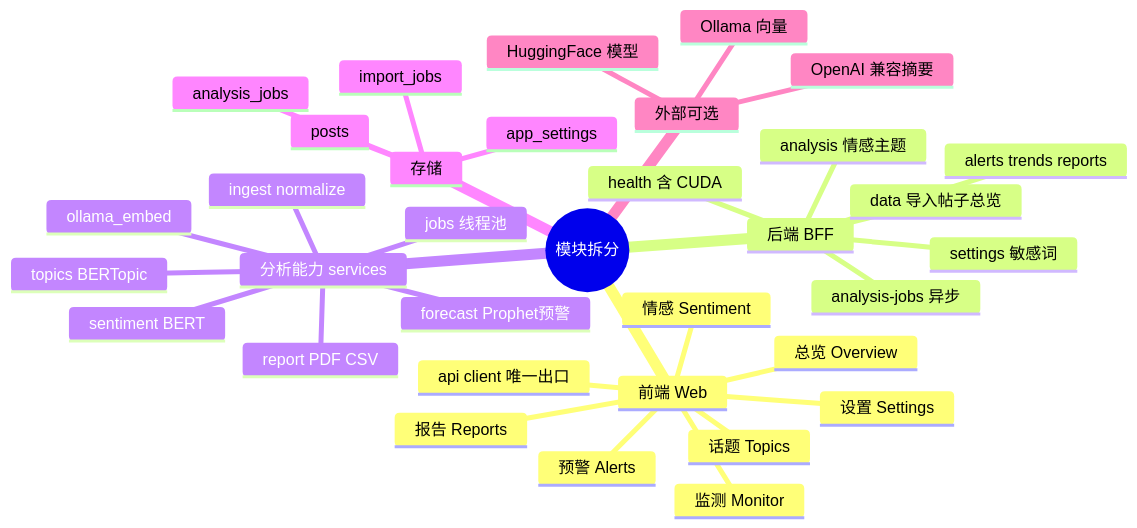
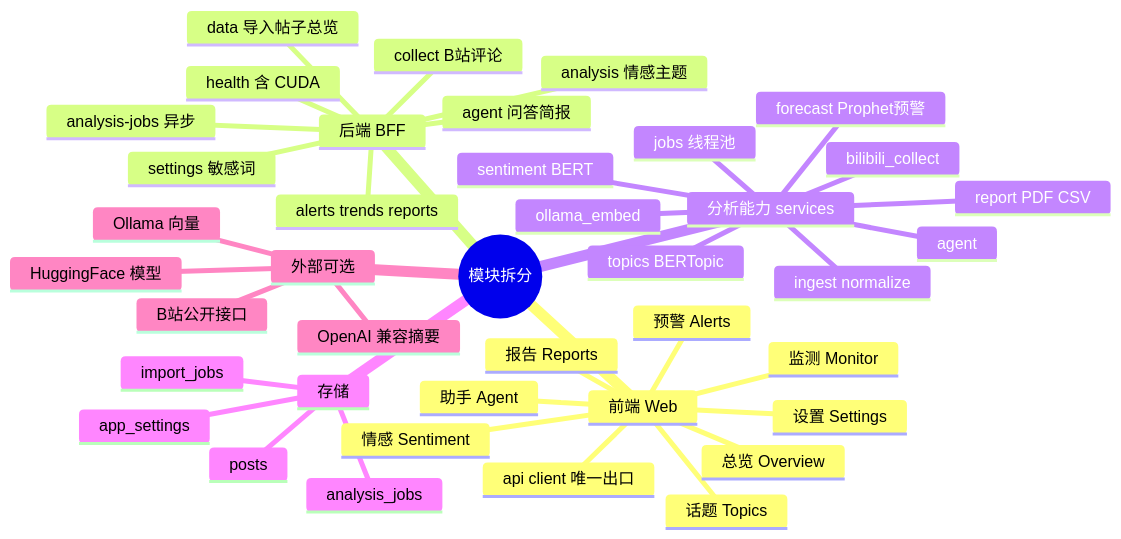
Before and after one commit to LinJJ12/yuqing: the eighth of 13 diagrams in docs/diagrams.md, drawn with Mermaid. The commit also changed other lines of this file and 21 other files, not shown here.

````diff
--- a/docs/diagrams.md
+++ b/docs/diagrams.md
@@ -135,37 +156,43 @@
 ```mermaid
 mindmap
   root((模块拆分))
     前端 Web
       总览 Overview
       监测 Monitor
+      助手 Agent
       情感 Sentiment
       话题 Topics
       预警 Alerts
       报告 Reports
       设置 Settings
       api client 唯一出口
     后端 BFF
       health 含 CUDA
       data 导入帖子总览
+      collect B站评论
       analysis 情感主题
       analysis-jobs 异步
       alerts trends reports
+      agent 问答简报
       settings 敏感词
     分析能力 services
       ingest normalize
+      bilibili_collect
       sentiment BERT
       topics BERTopic
       forecast Prophet预警
       report PDF CSV
+      agent
       jobs 线程池
       ollama_embed
     存储
       posts
       import_jobs
       analysis_jobs
       app_settings
     外部可选
       HuggingFace 模型
       Ollama 向量
       OpenAI 兼容摘要
+      B站公开接口
 ```
````
